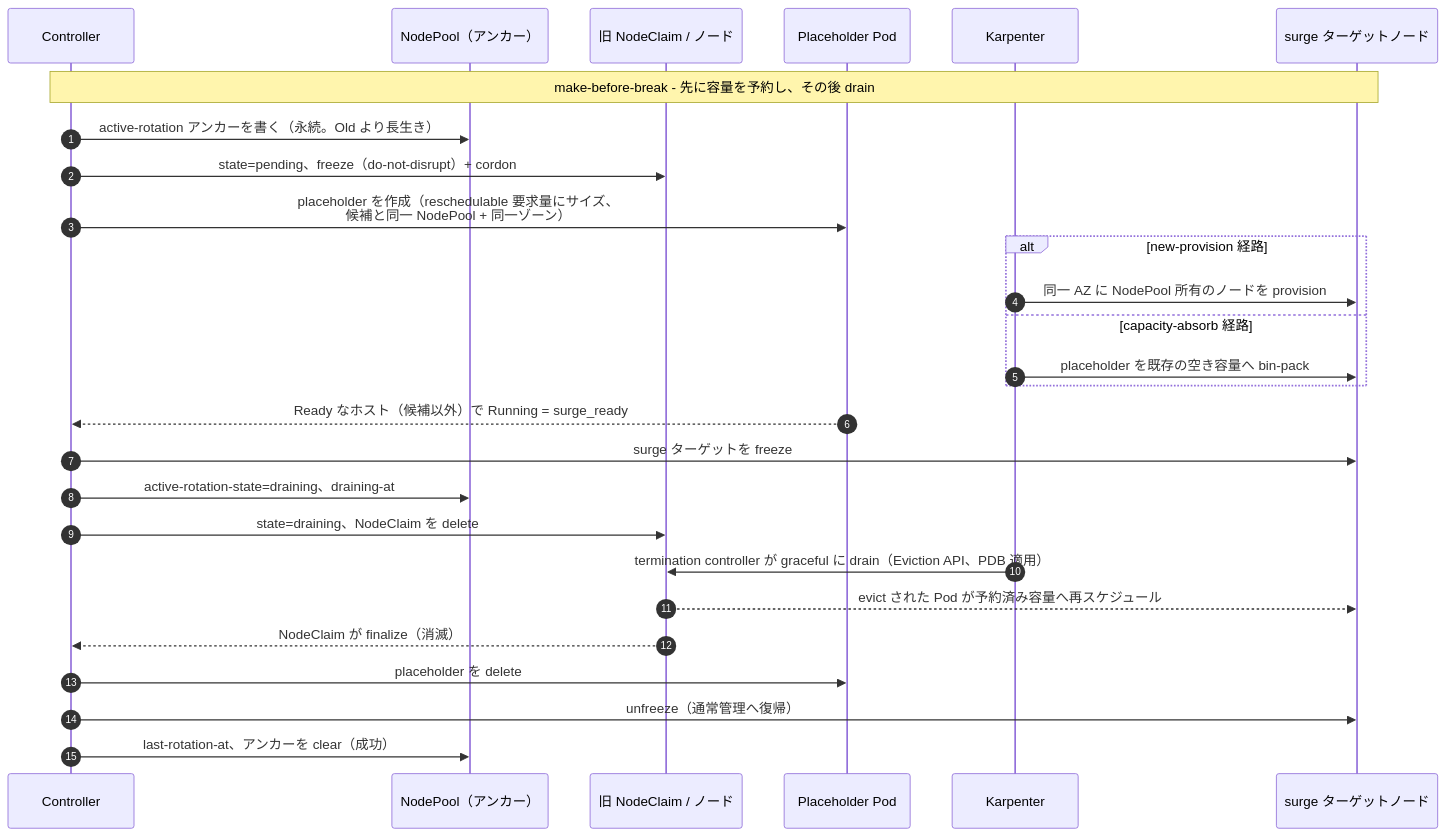
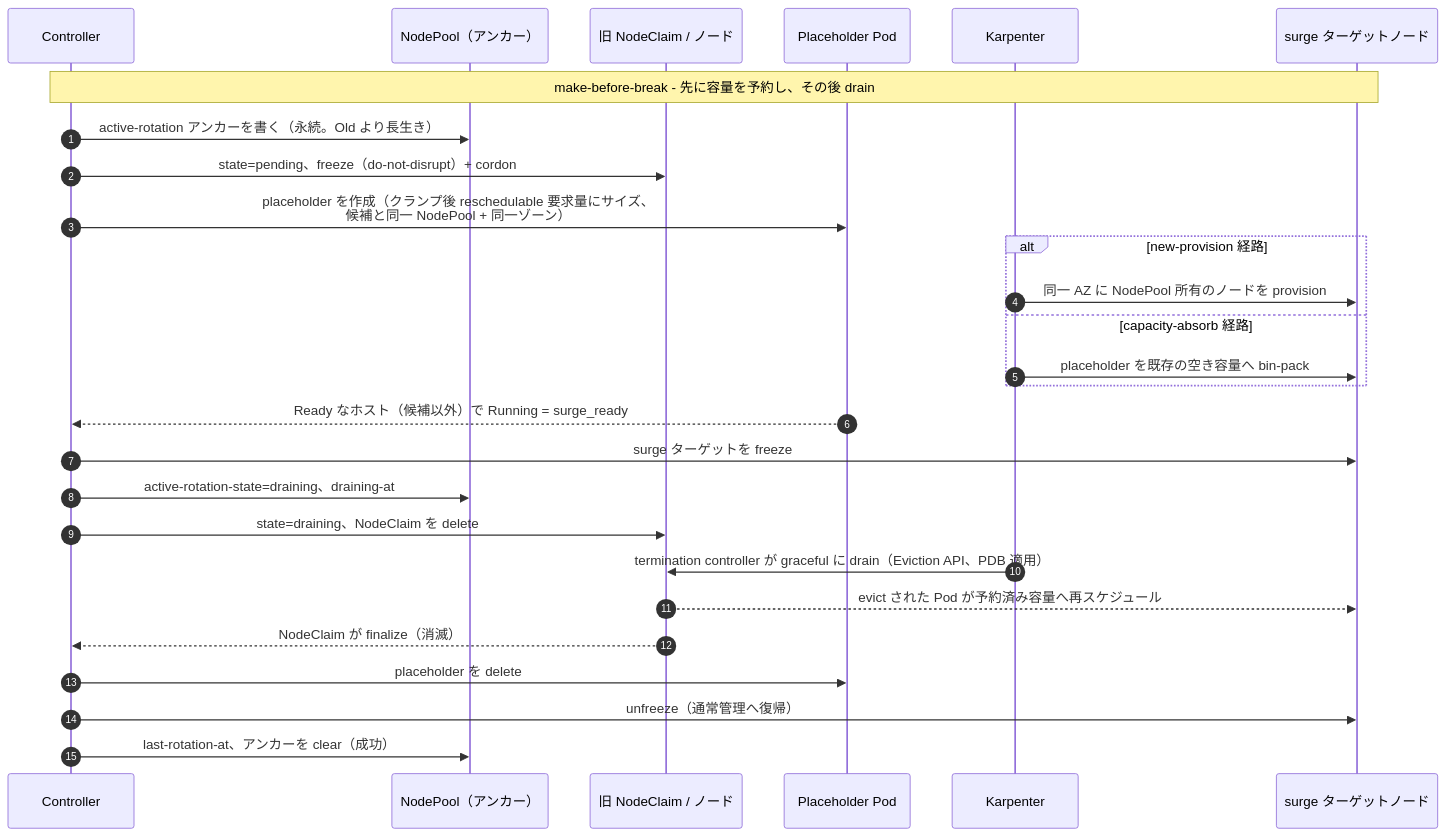
Before and after one commit to AkashiSN/node-rotation-controller: the second of 2 diagrams in docs/ja/specification/03-design.md, drawn with Mermaid. The commit also changed other lines of this file and 11 other files, not shown here.

Commit message:
fix(surge): clamp placeholder requests to NodeClaim.status.allocatable (#227)

````diff
--- a/docs/ja/specification/03-design.md
+++ b/docs/ja/specification/03-design.md
@@ -167,30 +185,30 @@
 ```mermaid
 sequenceDiagram
     autonumber
     participant C as Controller
     participant NP as NodePool（アンカー）
     participant Old as 旧 NodeClaim / ノード
     participant PH as Placeholder Pod
     participant K as Karpenter
     participant New as surge ターゲットノード
 
     Note over C,New: make-before-break - 先に容量を予約し、その後 drain
     C->>NP: active-rotation アンカーを書く（永続。Old より長生き）
     C->>Old: state=pending、freeze（do-not-disrupt）+ cordon
-    C->>PH: placeholder を作成（reschedulable 要求量にサイズ、<br/>候補と同一 NodePool + 同一ゾーン）
+    C->>PH: placeholder を作成（クランプ後 reschedulable 要求量にサイズ、<br/>候補と同一 NodePool + 同一ゾーン）
     alt new-provision 経路
         K->>New: 同一 AZ に NodePool 所有のノードを provision
     else capacity-absorb 経路
         K->>New: placeholder を既存の空き容量へ bin-pack
     end
     PH-->>C: Ready なホスト（候補以外）で Running = surge_ready
     C->>New: surge ターゲットを freeze
     C->>NP: active-rotation-state=draining、draining-at
     C->>Old: state=draining、NodeClaim を delete
     K->>Old: termination controller が graceful に drain（Eviction API、PDB 適用）
     Old-->>New: evict された Pod が予約済み容量へ再スケジュール
     Old-->>C: NodeClaim が finalize（消滅）
     C->>PH: placeholder を delete
     C->>New: unfreeze（通常管理へ復帰）
     C->>NP: last-rotation-at、アンカーを clear（成功）
 ```
````
